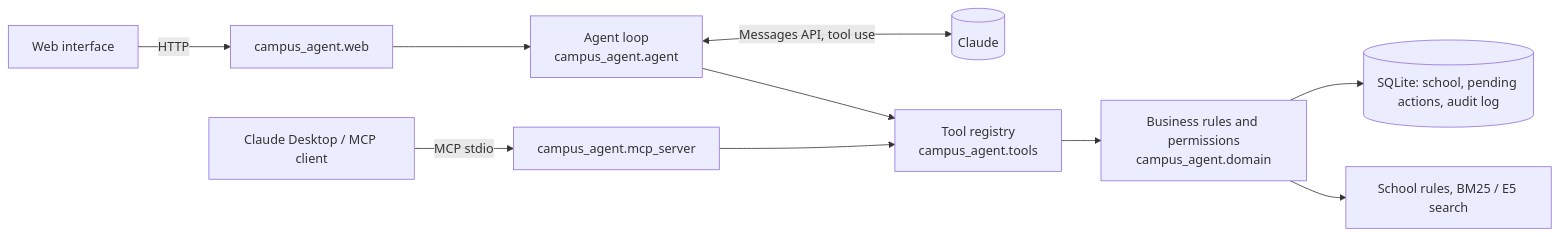
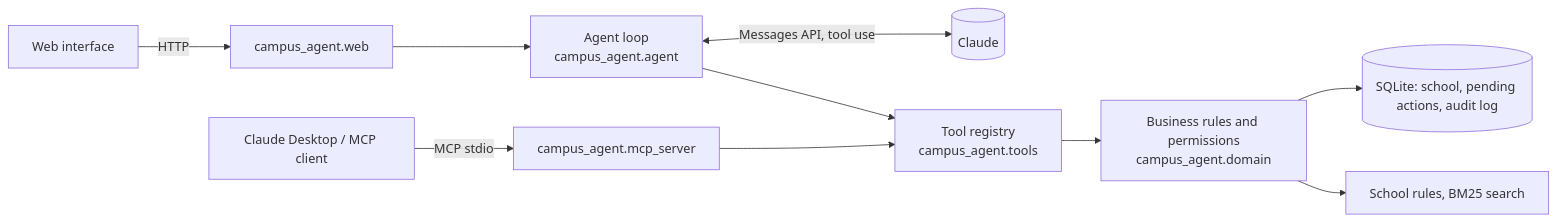
The first of 2 diagrams in README.md (charbel-dib/campus-agent), drawn with Mermaid before and after one commit. The commit also changed other lines of this file, not shown here.

````diff
--- a/README.md
+++ b/README.md
@@ -86,12 +88,12 @@
 ```mermaid
 flowchart LR
     UI[Web interface] -->|HTTP| API[campus_agent.web]
     CD[Claude Desktop / MCP client] -->|MCP stdio| MCP[campus_agent.mcp_server]
     API --> AG[Agent loop<br/>campus_agent.agent]
     AG <-->|Messages API, tool use| CL[(Claude)]
     AG --> TR[Tool registry<br/>campus_agent.tools]
     MCP --> TR
     TR --> DOM[Business rules and permissions<br/>campus_agent.domain]
     DOM --> DB[(SQLite: school, pending actions, audit log)]
-    DOM --> DOCS[School rules, BM25 / E5 search]
+    DOM --> DOCS[School rules, BM25 search]
 ```
````
